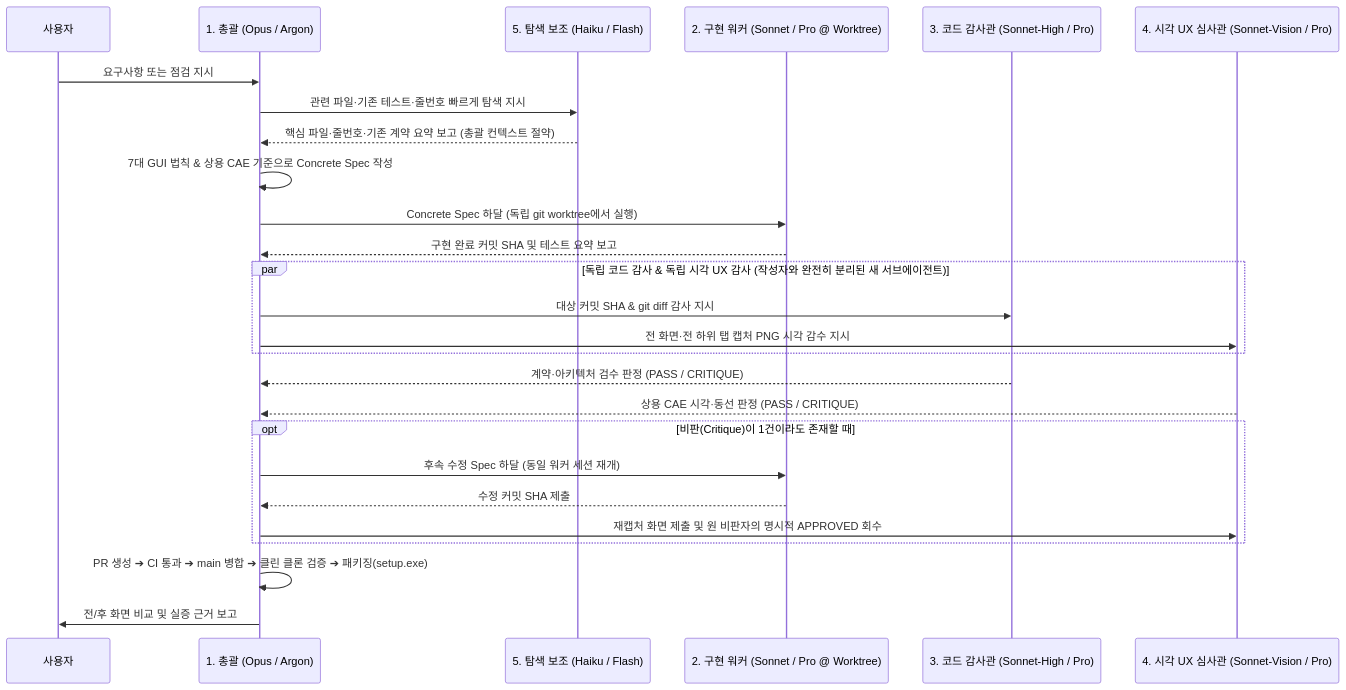
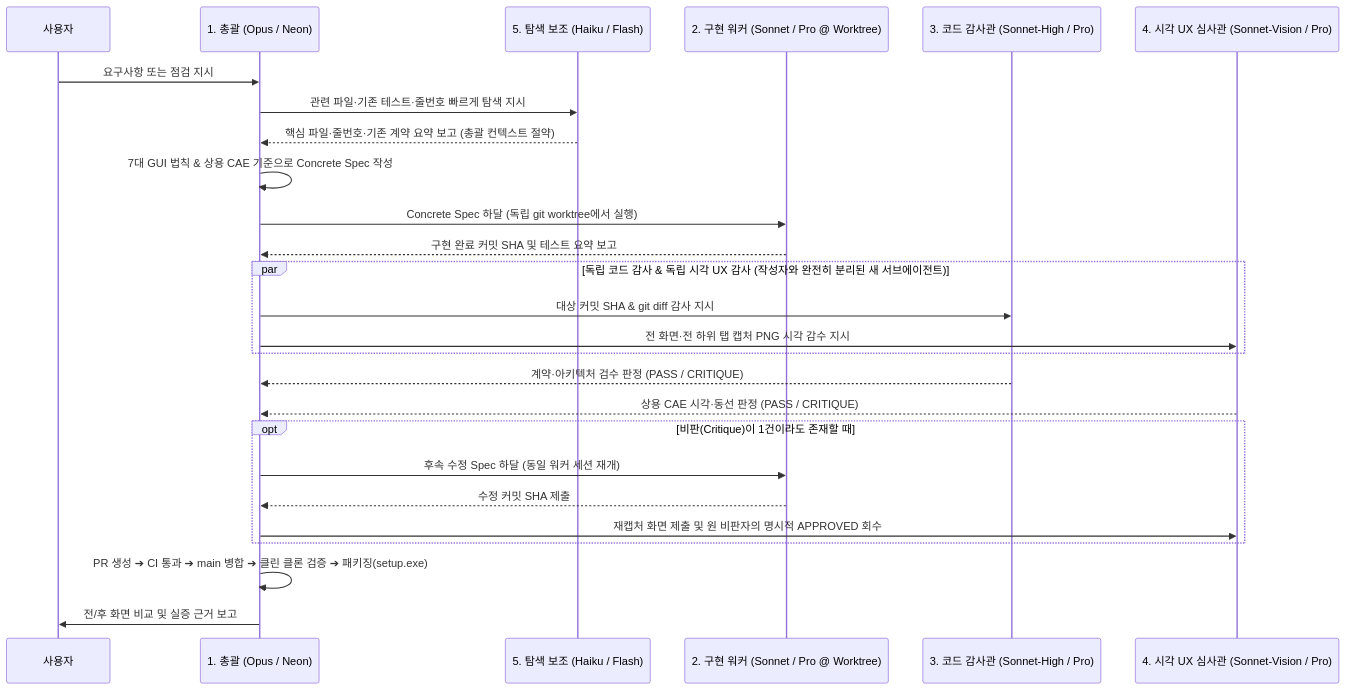
Before and after one commit to pikachu444/caelab-workbench: the second of 2 diagrams in docs/GEMINI_LEAD_METHODOLOGY.md, drawn with Mermaid. The commit also changed other lines of this file and 29 other files, not shown here.

````diff
--- a/docs/GEMINI_LEAD_METHODOLOGY.md
+++ b/docs/GEMINI_LEAD_METHODOLOGY.md
@@ -117,29 +117,29 @@
 ```mermaid
 sequenceDiagram
     participant User as 사용자
-    participant Lead as 1. 총괄 (Opus / Argon)
+    participant Lead as 1. 총괄 (Opus / Neon)
     participant Aux as 5. 탐색 보조 (Haiku / Flash)
     participant Worker as 2. 구현 워커 (Sonnet / Pro @ Worktree)
     participant CodeQA as 3. 코드 감사관 (Sonnet-High / Pro)
     participant VisualQA as 4. 시각 UX 심사관 (Sonnet-Vision / Pro)
 
     User->>Lead: 요구사항 또는 점검 지시
     Lead->>Aux: 관련 파일·기존 테스트·줄번호 빠르게 탐색 지시
     Aux-->>Lead: 핵심 파일·줄번호·기존 계약 요약 보고 (총괄 컨텍스트 절약)
     Lead->>Lead: 7대 GUI 법칙 & 상용 CAE 기준으로 Concrete Spec 작성
     Lead->>Worker: Concrete Spec 하달 (독립 git worktree에서 실행)
     Worker-->>Lead: 구현 완료 커밋 SHA 및 테스트 요약 보고
     par 독립 코드 감사 & 독립 시각 UX 감사 (작성자와 완전히 분리된 새 서브에이전트)
         Lead->>CodeQA: 대상 커밋 SHA & git diff 감사 지시
         Lead->>VisualQA: 전 화면·전 하위 탭 캡처 PNG 시각 감수 지시
     end
     CodeQA-->>Lead: 계약·아키텍처 검수 판정 (PASS / CRITIQUE)
     VisualQA-->>Lead: 상용 CAE 시각·동선 판정 (PASS / CRITIQUE)
     opt 비판(Critique)이 1건이라도 존재할 때
         Lead->>Worker: 후속 수정 Spec 하달 (동일 워커 세션 재개)
         Worker-->>Lead: 수정 커밋 SHA 제출
         Lead->>VisualQA: 재캡처 화면 제출 및 원 비판자의 명시적 APPROVED 회수
     end
     Lead->>Lead: PR 생성 ➔ CI 통과 ➔ main 병합 ➔ 클린 클론 검증 ➔ 패키징(setup.exe)
     Lead->>User: 전/후 화면 비교 및 실증 근거 보고
 ```
````
